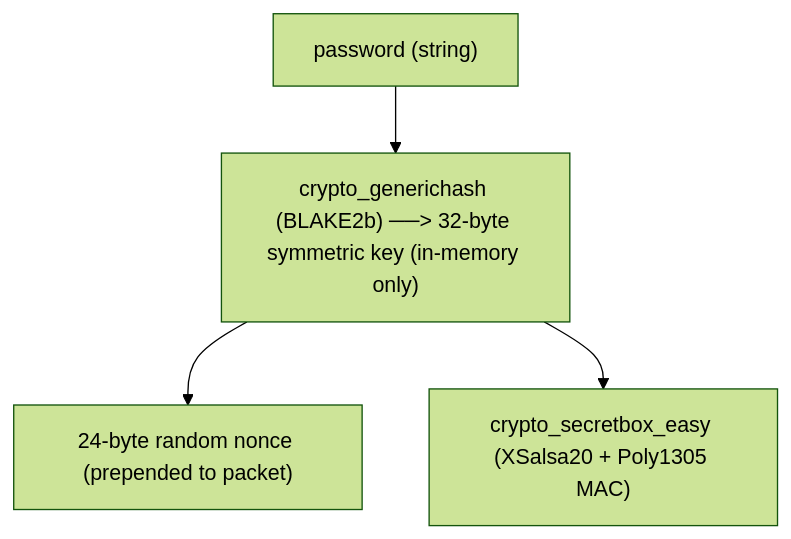
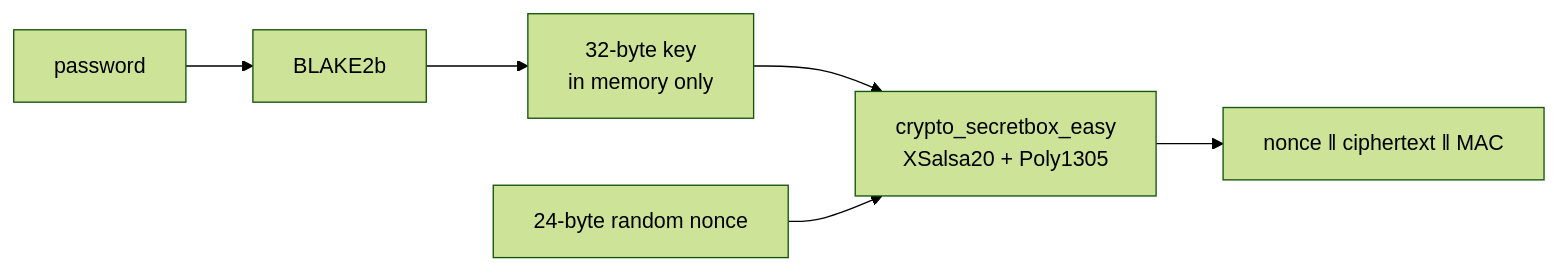
The third of 3 diagrams in README.md (ArushJain-697/Offline-mesh-emergency-network), drawn with Mermaid (forest theme) before and after one commit. The commit also changed other lines of this file, not shown here.

````diff
--- a/README.md
+++ b/README.md
@@ -48,7 +159,7 @@
 ```mermaid
-flowchart TD
-    A["password (string)"]
-    A --> B["crypto_generichash (BLAKE2b) ──> 32-byte symmetric key (in-memory only)"]
-    B --> C["24-byte random nonce (prepended to packet)"]
-    B --> D["crypto_secretbox_easy (XSalsa20 + Poly1305 MAC)"]
+flowchart LR
+    P[password] --> B[BLAKE2b] --> K[32-byte key<br/>in memory only]
+    K --> SB[crypto_secretbox_easy<br/>XSalsa20 + Poly1305]
+    N[24-byte random nonce] --> SB
+    SB --> OUT[nonce ‖ ciphertext ‖ MAC]
 ```
````
